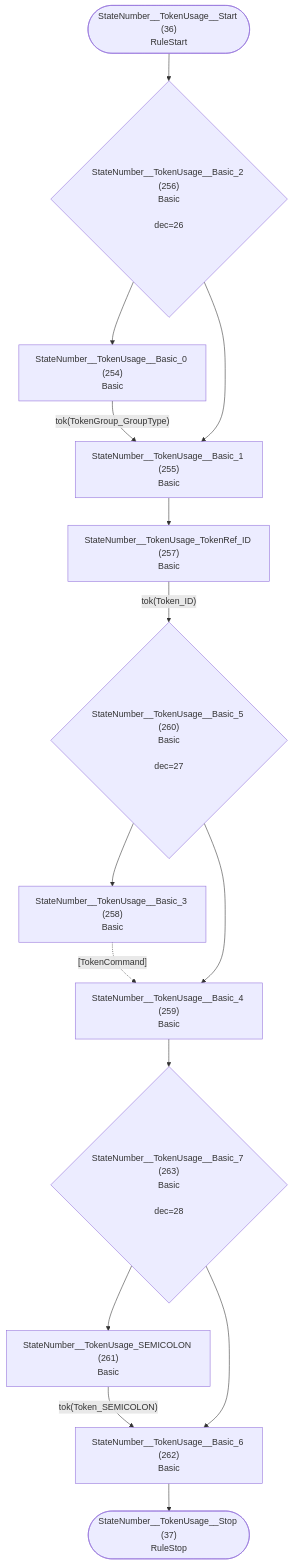
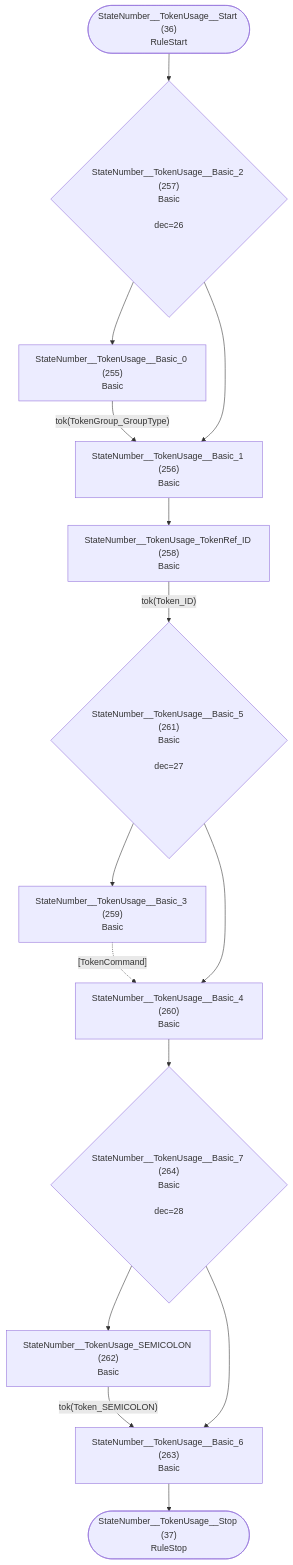
One commit to TypeFox/fastbelt changed diagram 19 of 36 in internal/grammar/atn.md. Above: the diagram before and after it, drawn with Mermaid. The commit also changed other lines of this file and 9 other files, not shown here.

````diff
--- a/internal/grammar/atn.md
+++ b/internal/grammar/atn.md
@@ -586,30 +588,30 @@
 ```mermaid
 flowchart TD
     q36(["StateNumber__TokenUsage__Start (36)<br/>RuleStart"])
     q37(["StateNumber__TokenUsage__Stop (37)<br/>RuleStop"])
-    q254["StateNumber__TokenUsage__Basic_0 (254)<br/>Basic<br/>"]
-    q255["StateNumber__TokenUsage__Basic_1 (255)<br/>Basic<br/>"]
-    q256{"StateNumber__TokenUsage__Basic_2 (256)<br/>Basic<br/><br/>dec=26"}
-    q257["StateNumber__TokenUsage_TokenRef_ID (257)<br/>Basic<br/>"]
-    q258["StateNumber__TokenUsage__Basic_3 (258)<br/>Basic<br/>"]
-    q259["StateNumber__TokenUsage__Basic_4 (259)<br/>Basic<br/>"]
-    q260{"StateNumber__TokenUsage__Basic_5 (260)<br/>Basic<br/><br/>dec=27"}
-    q261["StateNumber__TokenUsage_SEMICOLON (261)<br/>Basic<br/>"]
-    q262["StateNumber__TokenUsage__Basic_6 (262)<br/>Basic<br/>"]
-    q263{"StateNumber__TokenUsage__Basic_7 (263)<br/>Basic<br/><br/>dec=28"}
+    q255["StateNumber__TokenUsage__Basic_0 (255)<br/>Basic<br/>"]
+    q256["StateNumber__TokenUsage__Basic_1 (256)<br/>Basic<br/>"]
+    q257{"StateNumber__TokenUsage__Basic_2 (257)<br/>Basic<br/><br/>dec=26"}
+    q258["StateNumber__TokenUsage_TokenRef_ID (258)<br/>Basic<br/>"]
+    q259["StateNumber__TokenUsage__Basic_3 (259)<br/>Basic<br/>"]
+    q260["StateNumber__TokenUsage__Basic_4 (260)<br/>Basic<br/>"]
+    q261{"StateNumber__TokenUsage__Basic_5 (261)<br/>Basic<br/><br/>dec=27"}
+    q262["StateNumber__TokenUsage_SEMICOLON (262)<br/>Basic<br/>"]
+    q263["StateNumber__TokenUsage__Basic_6 (263)<br/>Basic<br/>"]
+    q264{"StateNumber__TokenUsage__Basic_7 (264)<br/>Basic<br/><br/>dec=28"}
 
-    q36 --> q256
-    q254 -->|"tok(TokenGroup_GroupType)"| q255
-    q255 --> q257
-    q256 --> q254
-    q256 --> q255
-    q257 -->|"tok(Token_ID)"| q260
-    q258 -.->|"[TokenCommand]"| q259
-    q259 --> q263
-    q260 --> q258
-    q260 --> q259
-    q261 -->|"tok(Token_SEMICOLON)"| q262
-    q262 --> q37
-    q263 --> q261
-    q263 --> q262
+    q36 --> q257
+    q255 -->|"tok(TokenGroup_GroupType)"| q256
+    q256 --> q258
+    q257 --> q255
+    q257 --> q256
+    q258 -->|"tok(Token_ID)"| q261
+    q259 -.->|"[TokenCommand]"| q260
+    q260 --> q264
+    q261 --> q259
+    q261 --> q260
+    q262 -->|"tok(Token_SEMICOLON)"| q263
+    q263 --> q37
+    q264 --> q262
+    q264 --> q263
 ```
````
